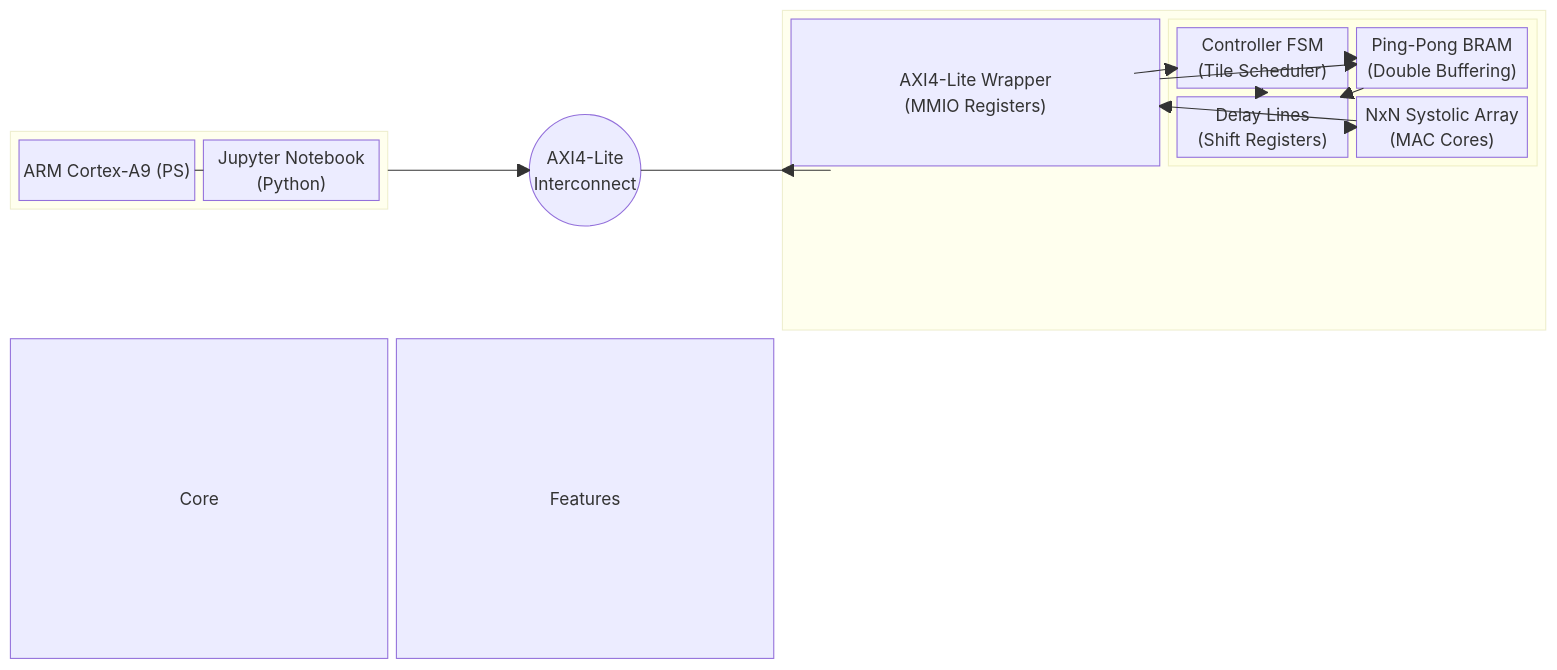
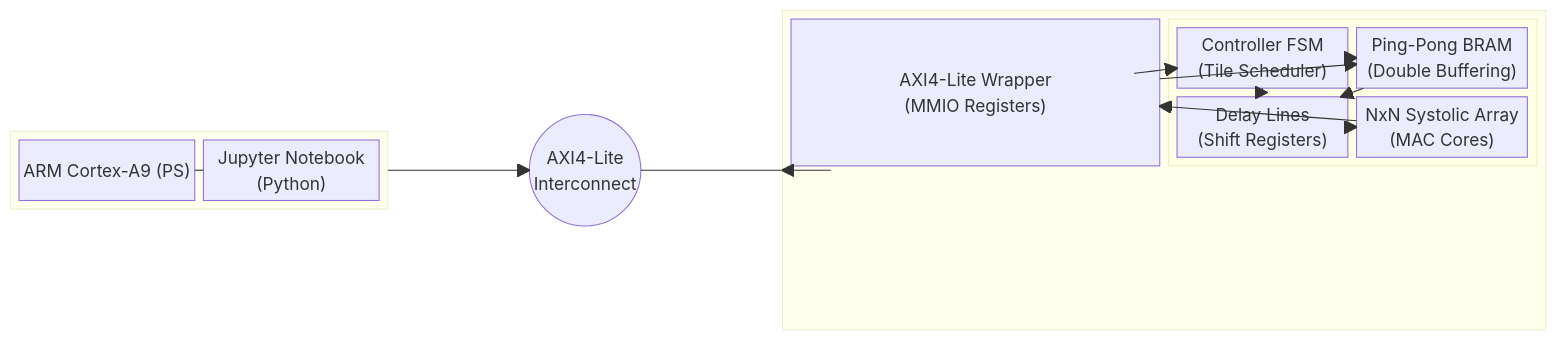
One commit to hwkim-dev/NPU-FPGA-Transformer-Accelerator-KV260 changed the first of 4 diagrams in Architecture/Architecture.md. Above: the diagram before and after it, drawn with Mermaid. The commit also changed other lines of this file and 9 other files, not shown here.

First line of the commit message:
docs: Fix markdown formatting and translate to English in Architecture folder

````diff
--- a/Architecture/Architecture.md
+++ b/Architecture/Architecture.md
@@ -9,42 +9,40 @@
 ```mermaid
 block-beta
     columns 4
-    
+
     %% Processing System
     block:PS:1
         CPU["ARM Cortex-A9 (PS)"]
         Jupyter["Jupyter Notebook\n(Python)"]
         CPU --- Jupyter
     end
 
     %% AXI Bus
     AXI(("AXI4-Lite\nInterconnect"))
-    
+
     %% NPU IP
     block:NPU_IP:2
         columns 2
         AXI_WRAPPER["AXI4-Lite Wrapper\n(MMIO Registers)"]
-        
+
         block:NPU_CORE:2
             columns 2
             FSM["Controller FSM\n(Tile Scheduler)"]
             BRAM["Ping-Pong BRAM\n(Double Buffering)"]
             DELAY["Delay Lines\n(Shift Registers)"]
             SYSTOLIC["NxN Systolic Array\n(MAC Cores)"]
-            
+
             FSM --> BRAM
             FSM --> DELAY
             BRAM --> DELAY
             DELAY --> SYSTOLIC
         end
-        
+
         AXI_WRAPPER --> FSM
         AXI_WRAPPER --> BRAM
         SYSTOLIC --> AXI_WRAPPER
     end
-    
+
     PS --> AXI
     AXI --> NPU_IP
-
-    Core Features
 ```
````
